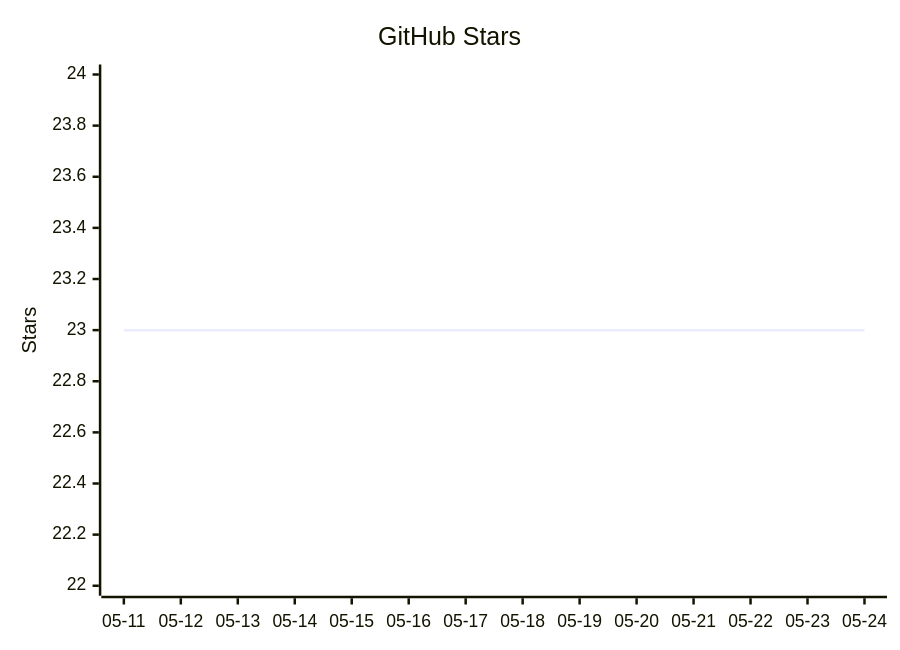
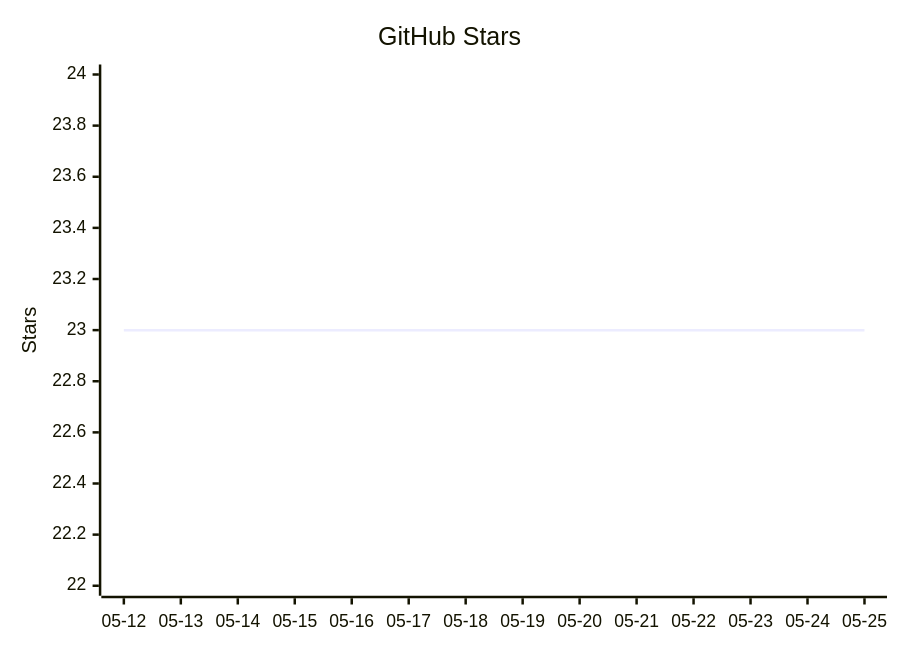
Before and after one commit to vectie/moonclaw: the diagram in README.mbt.md, drawn with Mermaid. The commit also changed other lines of this file and 1 other file, not shown here.

Commit message:
Update README star growth

````diff
--- a/README.mbt.md
+++ b/README.mbt.md
@@ -490,7 +490,7 @@
 ```mermaid
 xychart-beta
     title "GitHub Stars"
-    x-axis ["05-11","05-12","05-13","05-14","05-15","05-16","05-17","05-18","05-19","05-20","05-21","05-22","05-23","05-24"]
+    x-axis ["05-12","05-13","05-14","05-15","05-16","05-17","05-18","05-19","05-20","05-21","05-22","05-23","05-24","05-25"]
     y-axis "Stars" 22 --> 24
     line [23,23,23,23,23,23,23,23,23,23,23,23,23,23]
 ```
````
